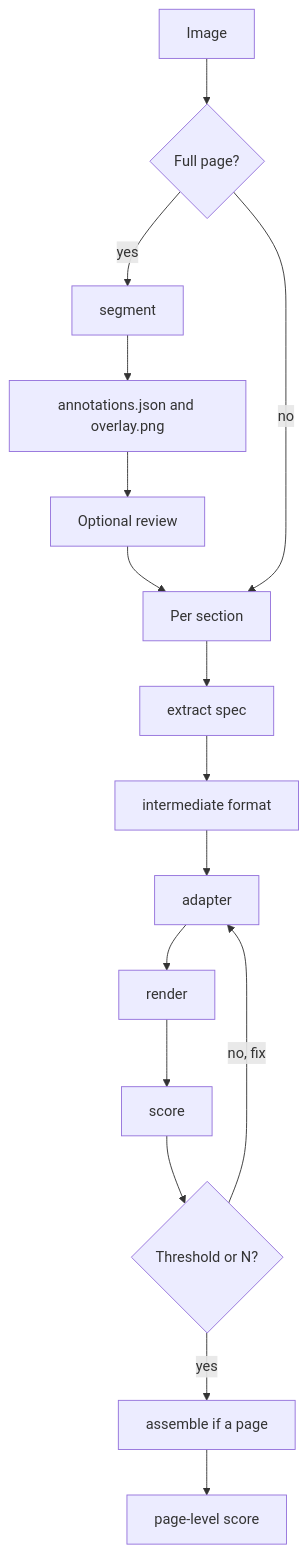
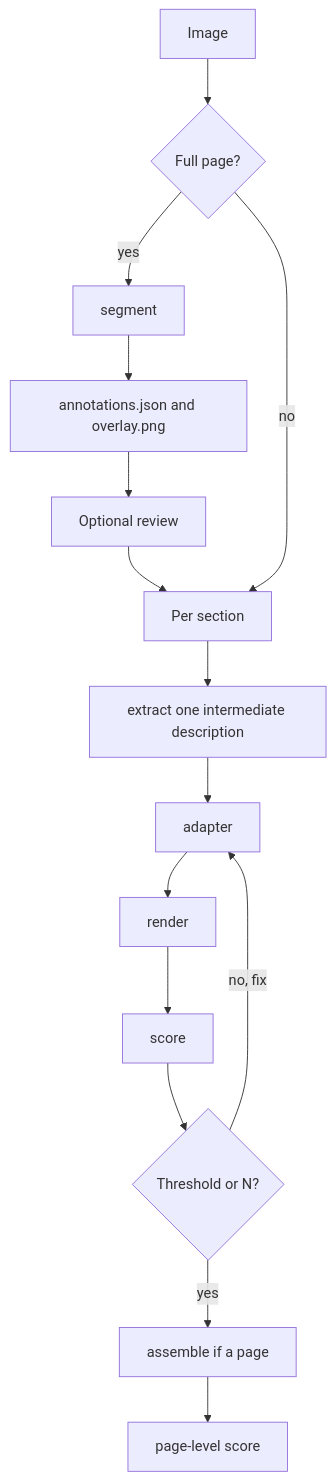
One commit to Troy-LL/trace-anything changed the first of 2 diagrams in README.md. Above: the diagram before and after it, drawn with Mermaid. The commit also changed other lines of this file and 7 other files, not shown here.

````diff
--- a/README.md
+++ b/README.md
@@ -145,18 +144,17 @@
 ```mermaid
 flowchart TD
   A[Image] --> B{Full page?}
   B -->|yes| C[segment]
   C --> D[annotations.json and overlay.png]
   D --> E[Optional review]
   E --> F[Per section]
   B -->|no| F
-  F --> G[extract spec]
-  G --> H[intermediate format]
-  H --> I[adapter]
+  F --> G[extract one intermediate description]
+  G --> I[adapter]
   I --> J[render]
   J --> K[score]
   K --> L{Threshold or N?}
   L -->|no, fix| I
   L -->|yes| M[assemble if a page]
   M --> N[page-level score]
 ```
````
